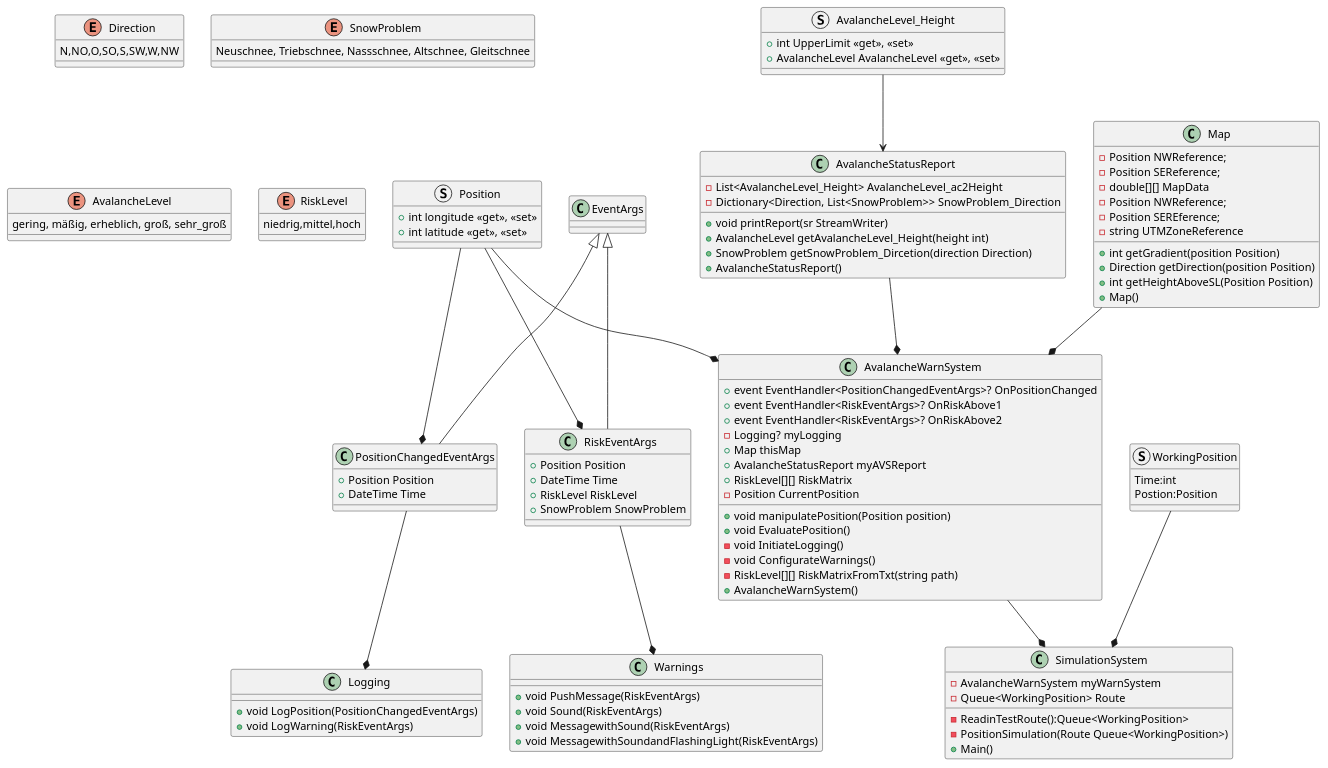
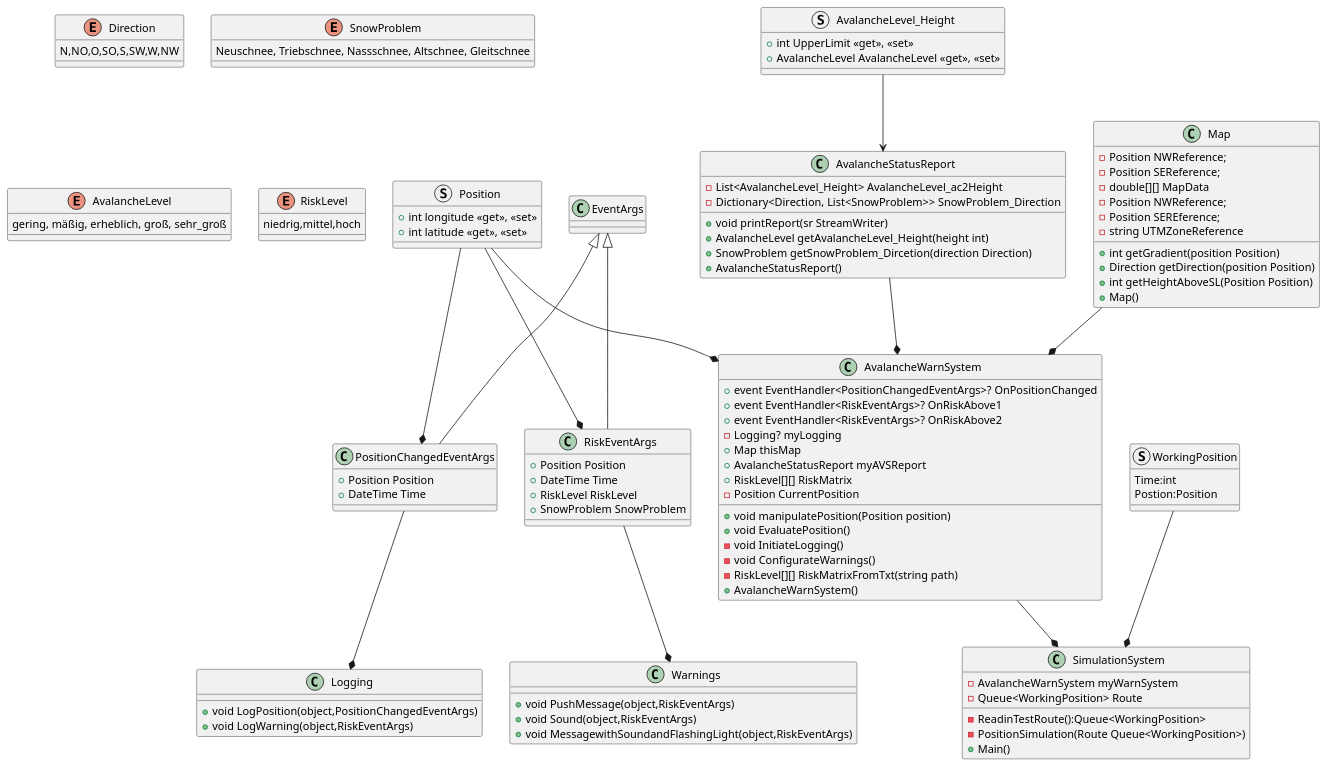
One commit to ganz-anders/poorgrammar changed the diagram in ClassDiagram.puml. Above: the diagram before and after it, drawn with PlantUML. The commit also changed 1 other file, not shown here.

Commit message:
removed the not used SoundwithMessage method

```diff
--- a/ClassDiagram.puml
+++ b/ClassDiagram.puml
@@ -1,131 +1,130 @@
 @startuml ClassDiagram
 enum Direction
 {
     N,NO,O,SO,S,SW,W,NW
 }
 
 enum SnowProblem
 {
     Neuschnee, Triebschnee, Nassschnee, Altschnee, Gleitschnee
 }
 
 enum AvalancheLevel
 {
     gering, mäßig, erheblich, groß, sehr_groß
 }
 
 enum RiskLevel
 {
     niedrig,mittel,hoch
 }
 
 struct Position
 {
     + int longitude <<get>>, <<set>>
     + int latitude <<get>>, <<set>>
 }
 
 struct AvalancheLevel_Height
 {
     + int UpperLimit <<get>>, <<set>>
     + AvalancheLevel AvalancheLevel <<get>>, <<set>>
 }
 
 class AvalancheStatusReport
 {
     - List<AvalancheLevel_Height> AvalancheLevel_ac2Height
     - Dictionary<Direction, List<SnowProblem>> SnowProblem_Direction
     + void printReport(sr StreamWriter)
     + AvalancheLevel getAvalancheLevel_Height(height int)
     + SnowProblem getSnowProblem_Dircetion(direction Direction)
     + AvalancheStatusReport()
 }
 
 class Map
 {
     - Position NWReference;
     - Position SEReference;
     - double[][] MapData
     - Position NWReference;
     - Position SEREference;
     - string UTMZoneReference
     + int getGradient(position Position)
     + Direction getDirection(position Position)
     + int getHeightAboveSL(Position Position)
     + Map()
 }
 
 class Warnings
 {
-    + void PushMessage(RiskEventArgs)
-    + void Sound(RiskEventArgs)
-    + void MessagewithSound(RiskEventArgs)
-    + void MessagewithSoundandFlashingLight(RiskEventArgs)
+    + void PushMessage(object,RiskEventArgs)
+    + void Sound(object,RiskEventArgs)
+    + void MessagewithSoundandFlashingLight(object,RiskEventArgs)
 }
 
 class Logging
 {
-    + void LogPosition(PositionChangedEventArgs)
-    + void LogWarning(RiskEventArgs)
+    + void LogPosition(object,PositionChangedEventArgs)
+    + void LogWarning(object,RiskEventArgs)
 }
 
 class PositionChangedEventArgs
 {
     + Position Position
     + DateTime Time
 }
 
 class RiskEventArgs
 {
     + Position Position
     + DateTime Time
     + RiskLevel RiskLevel
     + SnowProblem SnowProblem
 }
 
 class AvalancheWarnSystem
 {
     + event EventHandler<PositionChangedEventArgs>? OnPositionChanged
     + event EventHandler<RiskEventArgs>? OnRiskAbove1
     + event EventHandler<RiskEventArgs>? OnRiskAbove2
     - Logging? myLogging
     + Map thisMap
     + AvalancheStatusReport myAVSReport
     + RiskLevel[][] RiskMatrix
     - Position CurrentPosition 
     + void manipulatePosition(Position position)
     + void EvaluatePosition()
     - void InitiateLogging()
     - void ConfigurateWarnings()
     - RiskLevel[][] RiskMatrixFromTxt(string path)
     + AvalancheWarnSystem()
 }
 
 struct WorkingPosition
 {
     Time:int
     Postion:Position    
 }
 class SimulationSystem
 {
     - AvalancheWarnSystem myWarnSystem
     - Queue<WorkingPosition> Route
     - ReadinTestRoute():Queue<WorkingPosition>
     - PositionSimulation(Route Queue<WorkingPosition>)
     + Main()
 }
 
 RiskEventArgs --* Warnings
 PositionChangedEventArgs --* Logging
 EventArgs <|-- RiskEventArgs
 EventArgs <|-- PositionChangedEventArgs
 AvalancheLevel_Height --> AvalancheStatusReport
 Position --* RiskEventArgs
 Position --* PositionChangedEventArgs
 Position --* AvalancheWarnSystem
 AvalancheStatusReport --* AvalancheWarnSystem
 Map --* AvalancheWarnSystem
 AvalancheWarnSystem --* SimulationSystem
 WorkingPosition --* SimulationSystem
 
 @enduml
```
